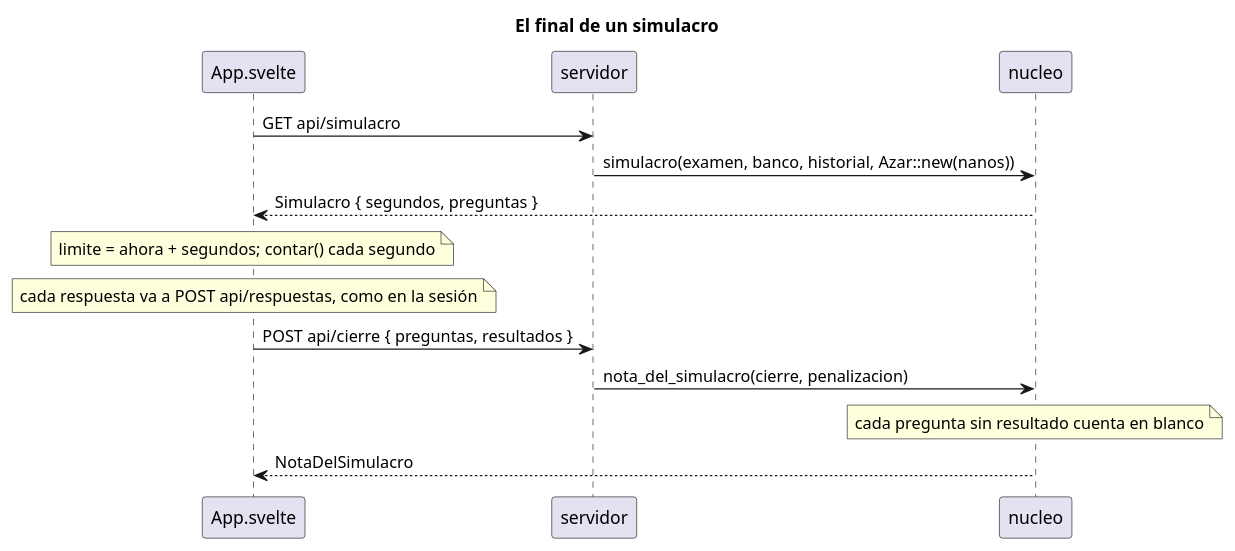
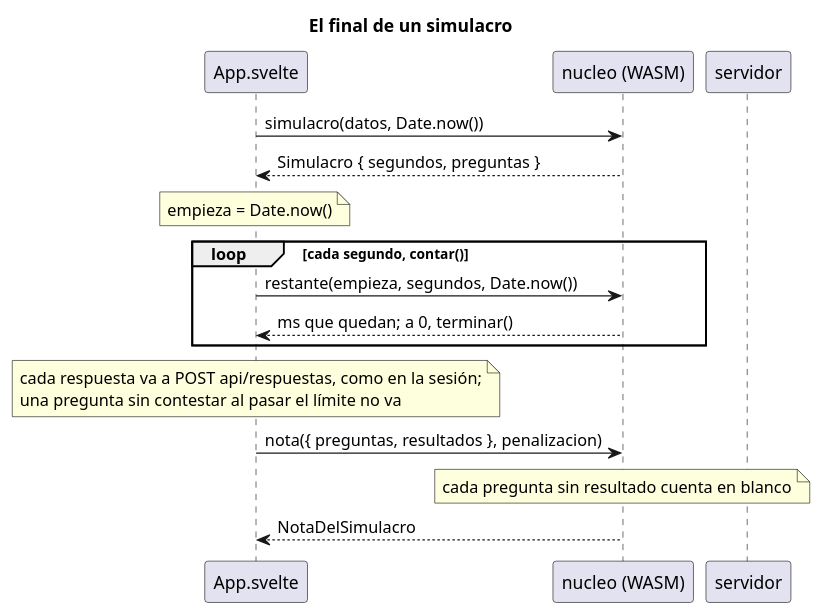
One commit to jfdg01/examenes changed the fourth of 4 diagrams in docs/el-diagrama.puml. Above: the diagram before and after it, drawn with PlantUML. The commit also changed other lines of this file, not shown here.

First line of the commit message:
docs: el diagrama lleva nucleo en WASM

```diff
--- a/docs/el-diagrama.puml
+++ b/docs/el-diagrama.puml
@@ -274,18 +282,20 @@
 @startuml el-final-de-un-simulacro
 skinparam shadowing false
 title El final de un simulacro
 
 participant "App.svelte" as App
+participant "nucleo (WASM)" as N
 participant servidor as S
-participant nucleo as N
 
-App -> S : GET api/simulacro
-S -> N : simulacro(examen, banco, historial, Azar::new(nanos))
+App -> N : simulacro(datos, Date.now())
 N --> App : Simulacro { segundos, preguntas }
-note over App : limite = ahora + segundos; contar() cada segundo
-note over App : cada respuesta va a POST api/respuestas, como en la sesión
-App -> S : POST api/cierre { preguntas, resultados }
-S -> N : nota_del_simulacro(cierre, penalizacion)
+note over App : empieza = Date.now()
+loop cada segundo, contar()
+  App -> N : restante(empieza, segundos, Date.now())
+  N --> App : ms que quedan; a 0, terminar()
+end
+note over App : cada respuesta va a POST api/respuestas, como en la sesión;\nuna pregunta sin contestar al pasar el límite no va
+App -> N : nota({ preguntas, resultados }, penalizacion)
 note over N : cada pregunta sin resultado cuenta en blanco
 N --> App : NotaDelSimulacro
 @enduml
```
